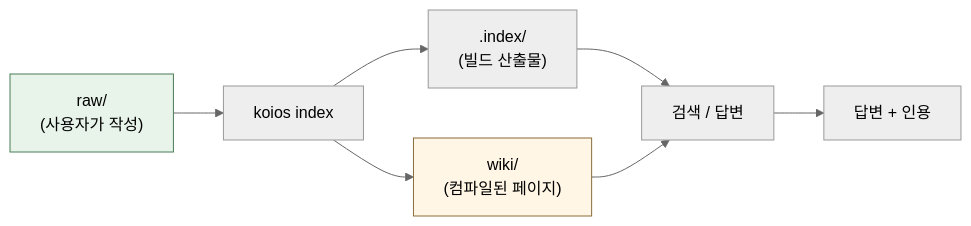
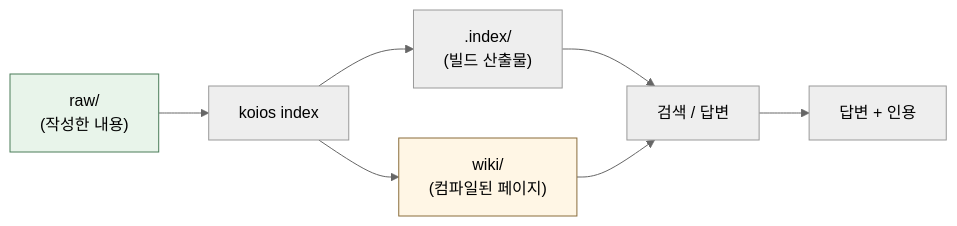
One commit to DeepTrial/KoiosBase changed the first of 3 diagrams in docs/i18n/README.ko.md. Above: the diagram before and after it, drawn with Mermaid (neutral theme). The commit also changed other lines of this file and 5 other files, not shown here.

````diff
--- a/docs/i18n/README.ko.md
+++ b/docs/i18n/README.ko.md
@@ -33,11 +33,11 @@
 ```mermaid
 flowchart LR
-    A["raw/<br/>(사용자가 작성)"] --> B["koios index"]
+    A["raw/<br/>(작성한 내용)"] --> B["koios index"]
     B --> C[".index/<br/>(빌드 산출물)"]
     C --> D["검색 / 답변"]
     D --> E["답변 + 인용"]
     B --> F["wiki/<br/>(컴파일된 페이지)"]
     F --> D
     style A fill:#e8f4ea,stroke:#4a7c59
     style F fill:#fff6e5,stroke:#8a6d3b
 ```
````
